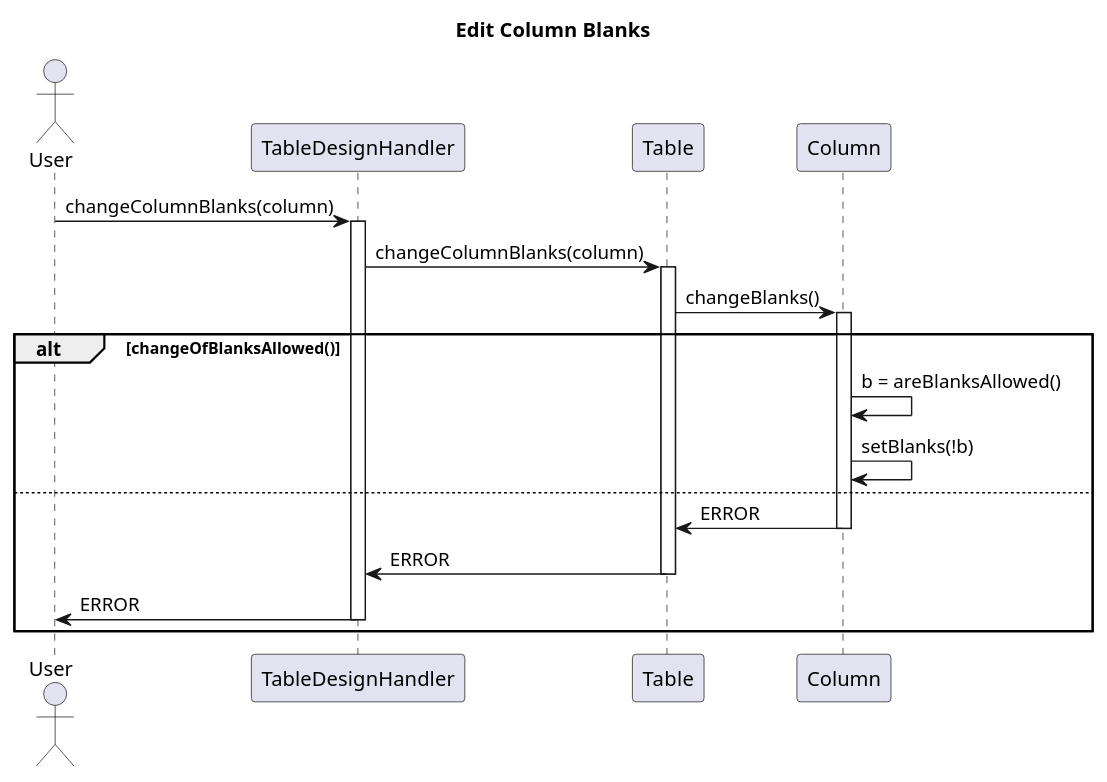
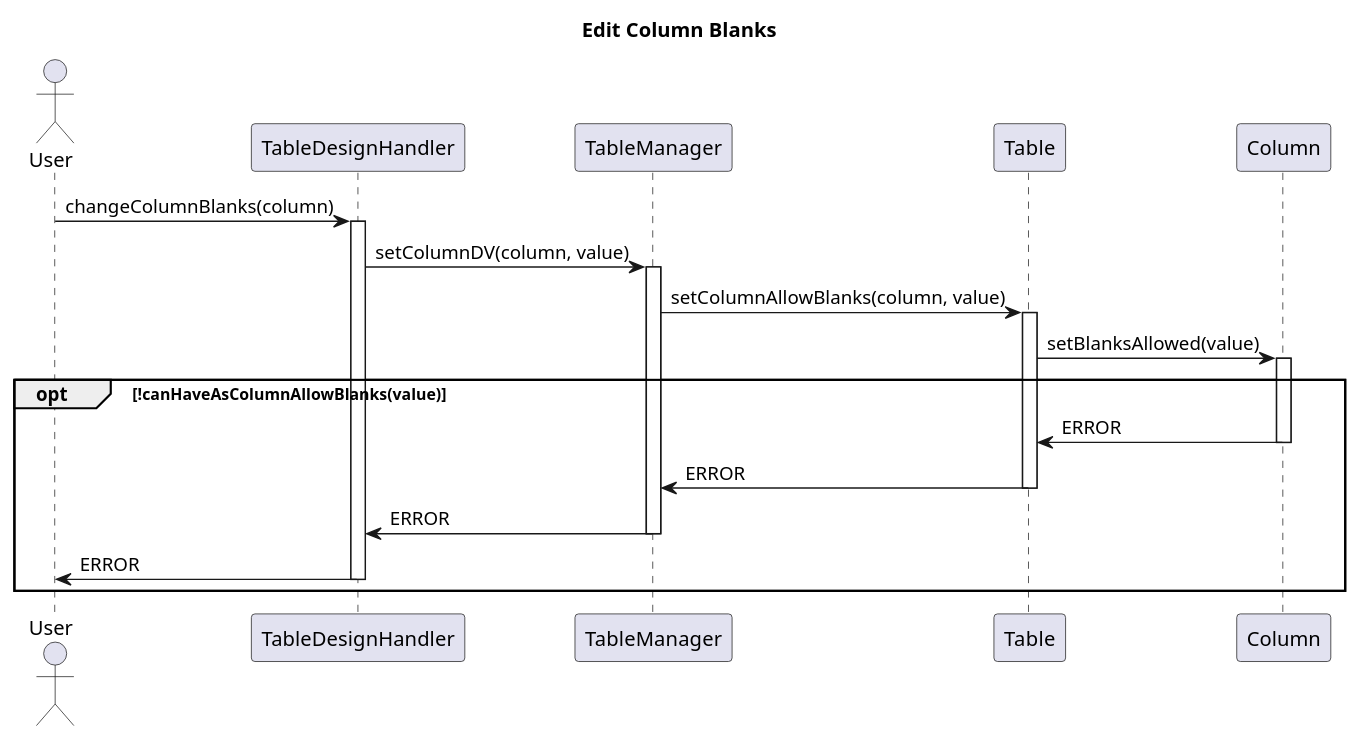
One commit to Bhamoss/softwareOntwerpProject changed the diagram in diagrams/interactionDiagrams/editColumnBlanks.puml. Above: the diagram before and after it, drawn with PlantUML. The commit also changed 5 other files, not shown here.

Commit message:
mijn deel van interactiondiagrams aangepast

```diff
--- a/diagrams/interactionDiagrams/editColumnBlanks.puml
+++ b/diagrams/interactionDiagrams/editColumnBlanks.puml
@@ -1,26 +1,27 @@
 @startuml
 title Edit Column Blanks
 Actor User
 
 
 User -> TableDesignHandler: changeColumnBlanks(column)
 activate TableDesignHandler
-TableDesignHandler -> Table: changeColumnBlanks(column)
+TableDesignHandler -> TableManager: setColumnDV(column, value)
+activate TableManager
+TableManager -> Table: setColumnAllowBlanks(column, value)
 activate Table
-Table -> Column: changeBlanks()
+Table -> Column: setBlanksAllowed(value)
 activate Column
-alt changeOfBlanksAllowed()
-    Column -> Column: b = areBlanksAllowed()
-    Column -> Column: setBlanks(!b)
-else
+opt !canHaveAsColumnAllowBlanks(value)
     Column -> Table: ERROR
     deactivate Column
-    Table -> TableDesignHandler: ERROR
+    Table -> TableManager: ERROR
     deactivate Table
+    TableManager -> TableDesignHandler: ERROR
+    deactivate TableManager
     TableDesignHandler -> User: ERROR
     deactivate TableDesignHandler
 end
 
 
 
 @enduml
```
